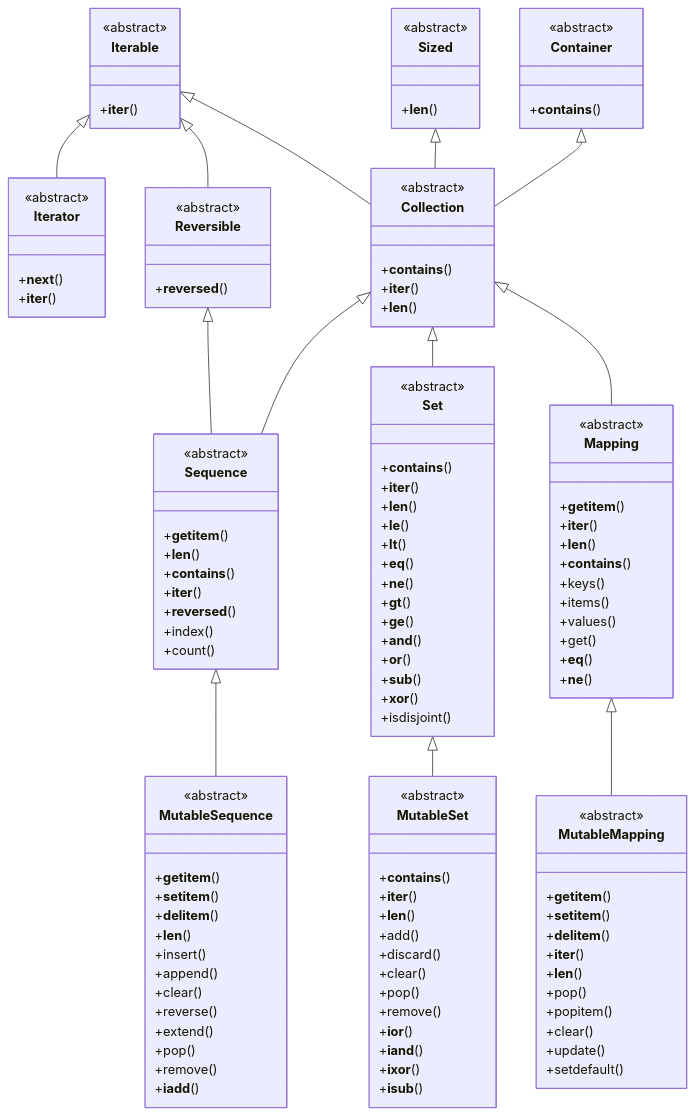
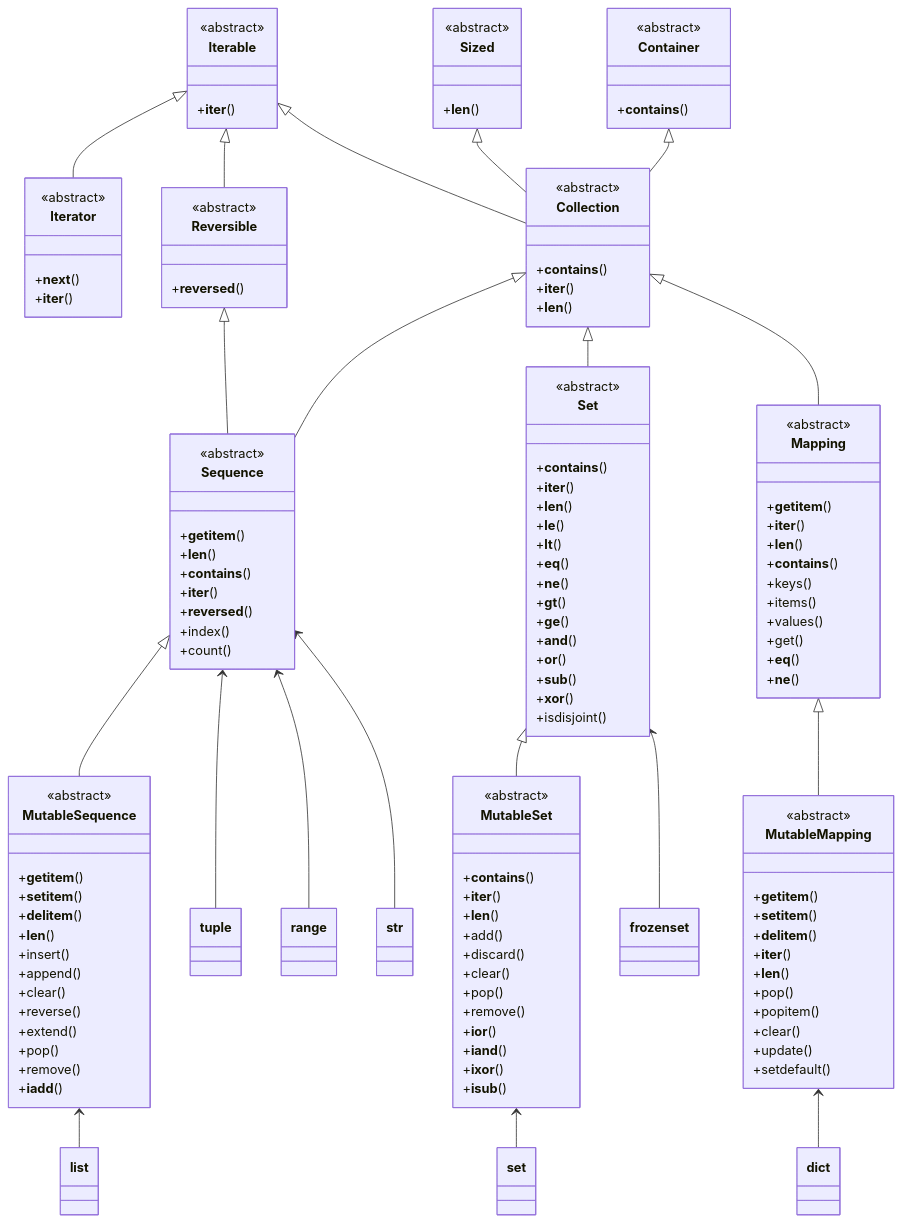
The diagram in book/appendix_collections.qmd (hanoufalmogri/python), drawn with Mermaid before and after one commit.

Commit message:
Add the concrete data types to collections figure

````diff
--- a/book/appendix_collections.qmd
+++ b/book/appendix_collections.qmd
@@ -138,4 +138,12 @@
     Set <|-- MutableSet
     Collection <|-- Mapping
     Mapping <|-- MutableMapping
+
+    MutableSequence <-- list
+    Sequence <-- tuple
+    Sequence <-- range
+    Sequence <-- str
+    MutableMapping <-- dict
+    Set <-- frozenset
+    MutableSet <-- set
 ```
````
